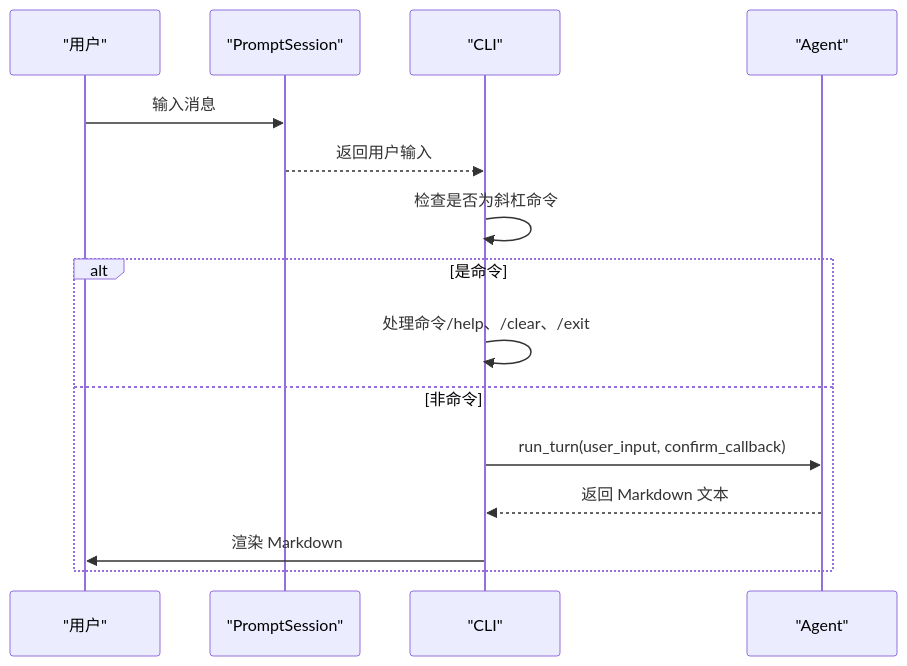
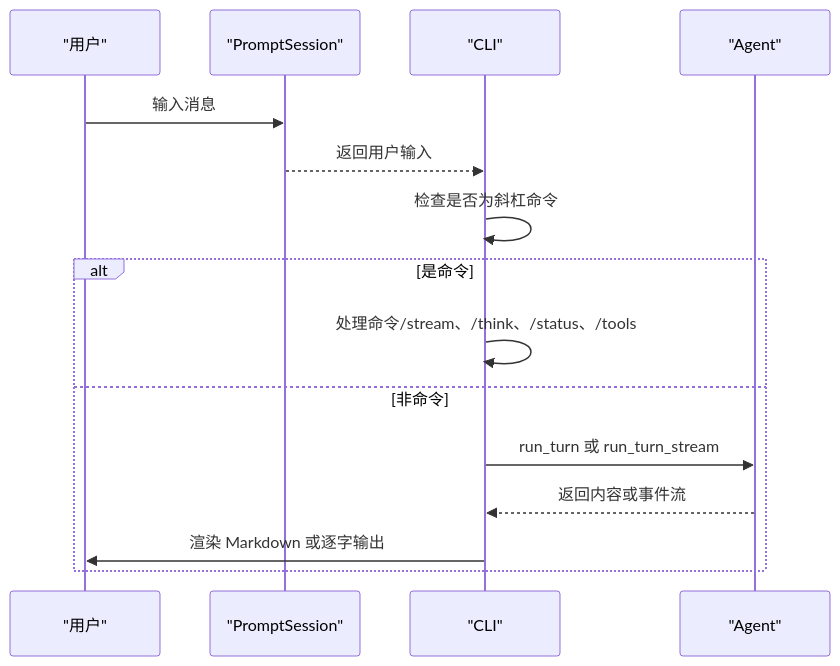
One commit to 250shiwo/MySmallAgent changed the seventh of 9 diagrams in .qoder/repowiki/zh/content/核心模块详解/核心模块详解.md. Above: the diagram before and after it, drawn with Mermaid. The commit also changed other lines of this file and 34 other files, not shown here.

````diff
--- a/.qoder/repowiki/zh/content/核心模块详解/核心模块详解.md
+++ b/.qoder/repowiki/zh/content/核心模块详解/核心模块详解.md
@@ -370,17 +412,17 @@
 ```mermaid
 sequenceDiagram
 participant U as "用户"
 participant S as "PromptSession"
 participant C as "CLI"
 participant A as "Agent"
 U->>S : 输入消息
 S-->>C : 返回用户输入
 C->>C : 检查是否为斜杠命令
 alt 是命令
-C->>C : 处理命令/help、/clear、/exit
+C->>C : 处理命令/stream、/think、/status、/tools
 else 非命令
-C->>A : run_turn(user_input, confirm_callback)
-A-->>C : 返回 Markdown 文本
-C->>U : 渲染 Markdown
+C->>A : run_turn 或 run_turn_stream
+A-->>C : 返回内容或事件流
+C->>U : 渲染 Markdown 或逐字输出
 end
 ```
````
